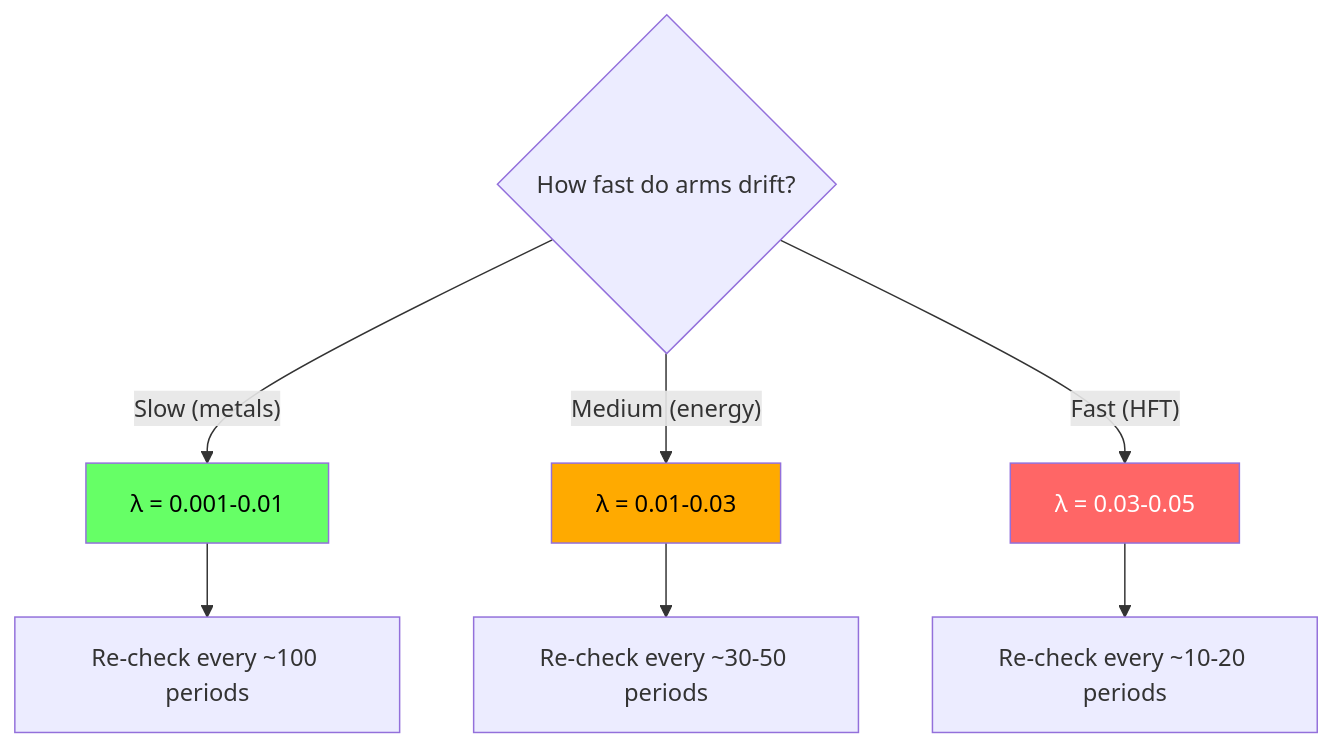
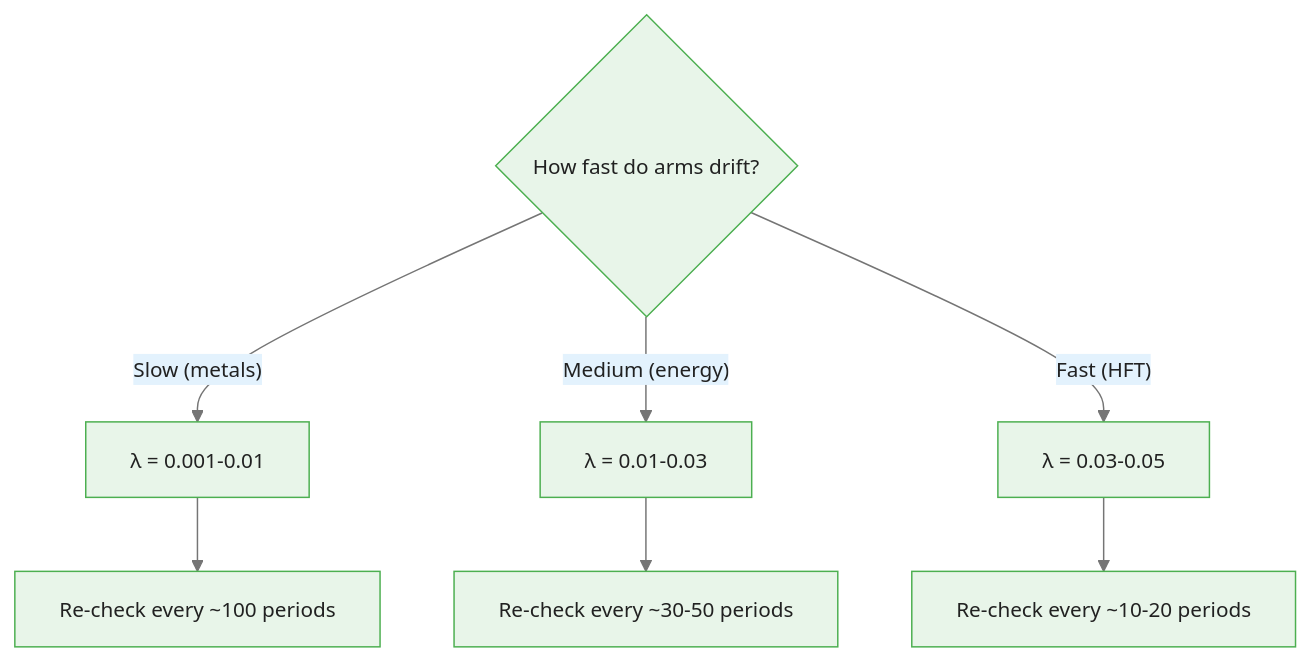
One commit to m-deane/course-creator changed the second of 3 diagrams in courses/multi-armed-bandits-ab-testing/modules/module_06_advanced_topics/guides/02_restless_bandits_slides.md. Above: the diagram before and after it, drawn with Mermaid. The commit also changed other lines of this file and 146 other files, not shown here.

````diff
--- a/courses/multi-armed-bandits-ab-testing/modules/module_06_advanced_topics/guides/02_restless_bandits_slides.md
+++ b/courses/multi-armed-bandits-ab-testing/modules/module_06_advanced_topics/guides/02_restless_bandits_slides.md
@@ -124,15 +166,12 @@
 ```mermaid
+%%{init: {"theme": "base", "themeVariables": {"primaryColor": "#e8f5e9", "primaryBorderColor": "#4caf50", "primaryTextColor": "#212121", "secondaryColor": "#e3f2fd", "tertiaryColor": "#fff8e1", "lineColor": "#757575", "fontFamily": "Inter, sans-serif", "fontSize": "14px"}}}%%
 flowchart TD
     Q{"How fast do arms drift?"}
     Q -->|"Slow (metals)"| Low["λ = 0.001-0.01"]
     Q -->|"Medium (energy)"| Med["λ = 0.01-0.03"]
     Q -->|"Fast (HFT)"| High["λ = 0.03-0.05"]
 
     Low --> Rarely["Re-check every ~100 periods"]
     Med --> Sometimes["Re-check every ~30-50 periods"]
     High --> Often["Re-check every ~10-20 periods"]
-
-    style Low fill:#6f6,color:#000
-    style Med fill:#fa0,color:#000
-    style High fill:#f66,color:#fff
 ```
````
